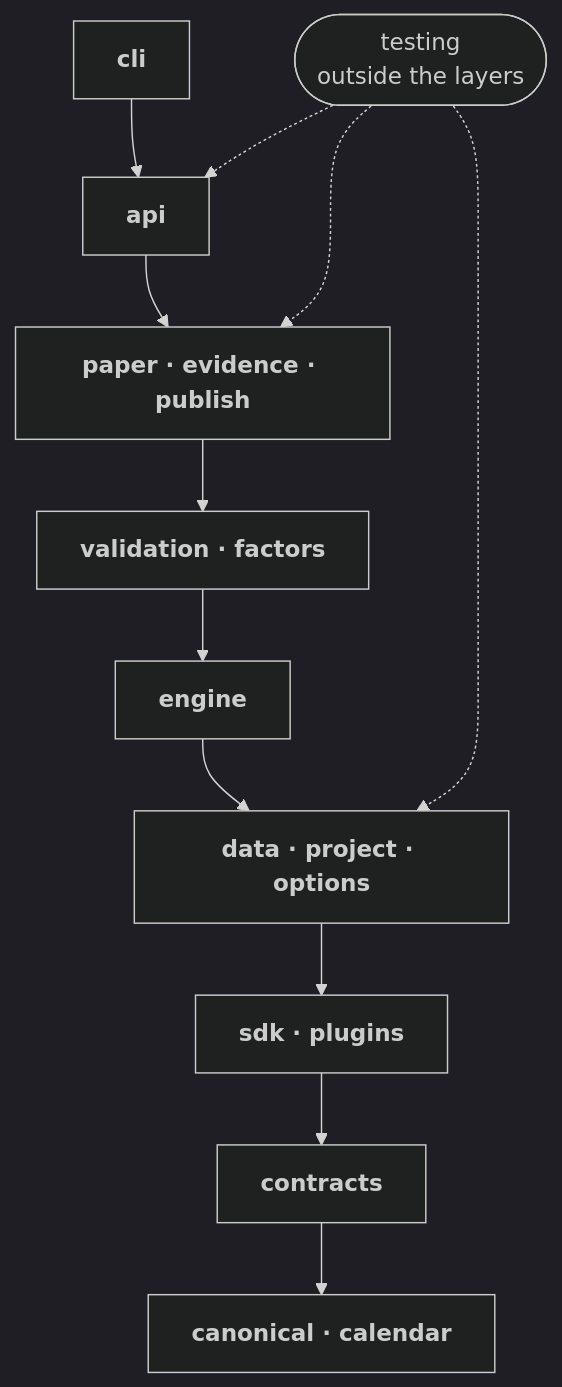
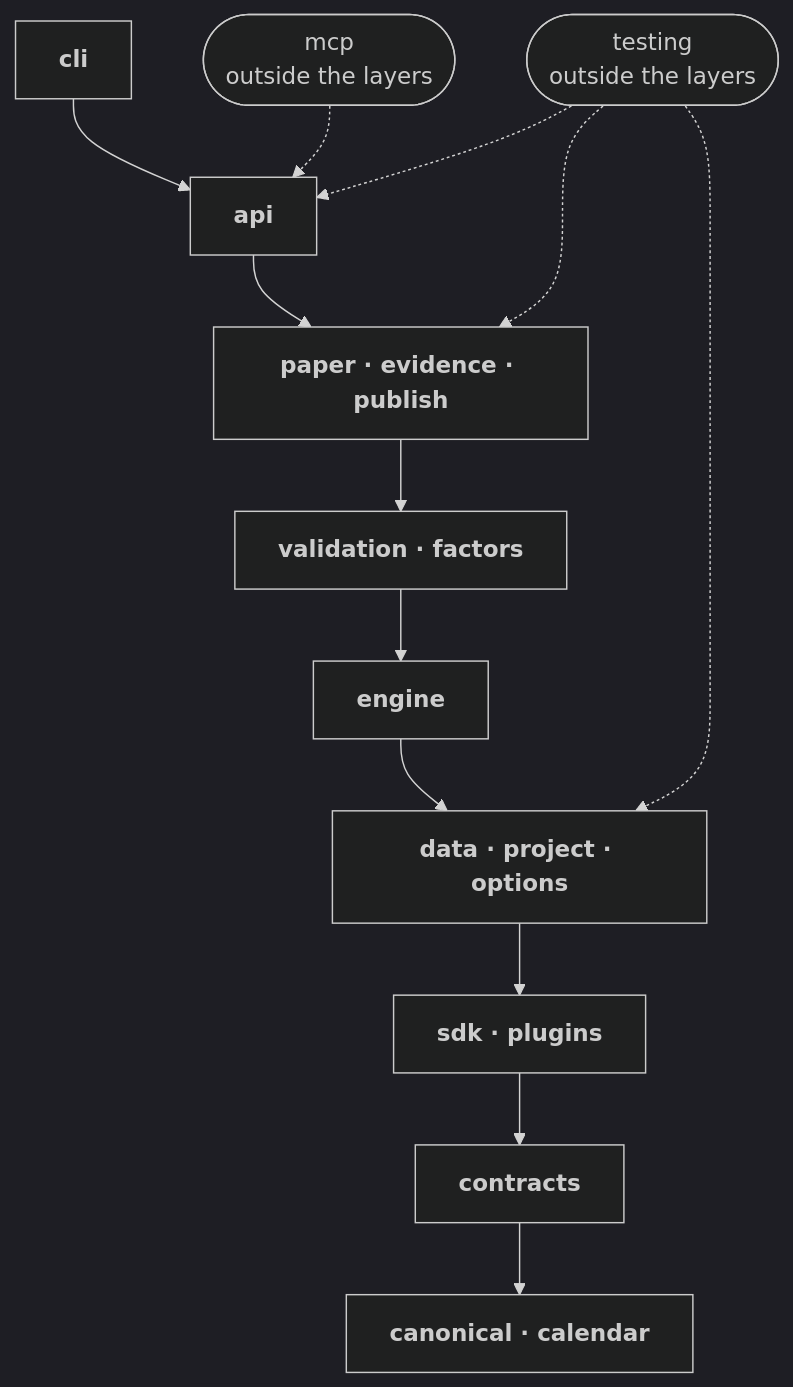
One commit to specsignal-labs/signalquarry changed the fifth of 6 diagrams in docs/design/ARCHITECTURE.md. Above: the diagram before and after it, drawn with Mermaid (dark theme). The commit also changed other lines of this file and 13 other files, not shown here.

````diff
--- a/docs/design/ARCHITECTURE.md
+++ b/docs/design/ARCHITECTURE.md
@@ -398,24 +398,26 @@
 ```mermaid
 flowchart TB
   L0["<b>cli</b>"]
   L1["<b>api</b>"]
   L0 --> L1
   L2["<b>paper · evidence · publish</b>"]
   L1 --> L2
   L3["<b>validation · factors</b>"]
   L2 --> L3
   L4["<b>engine</b>"]
   L3 --> L4
   L5["<b>data · project · options</b>"]
   L4 --> L5
   L6["<b>sdk · plugins</b>"]
   L5 --> L6
   L7["<b>contracts</b>"]
   L6 --> L7
   L8["<b>canonical · calendar</b>"]
   L7 --> L8
+  mcp(["mcp<br/>outside the layers"])
+  mcp -.-> L1
   testing(["testing<br/>outside the layers"])
   testing -.-> L1
   testing -.-> L2
   testing -.-> L5
 ```
````
